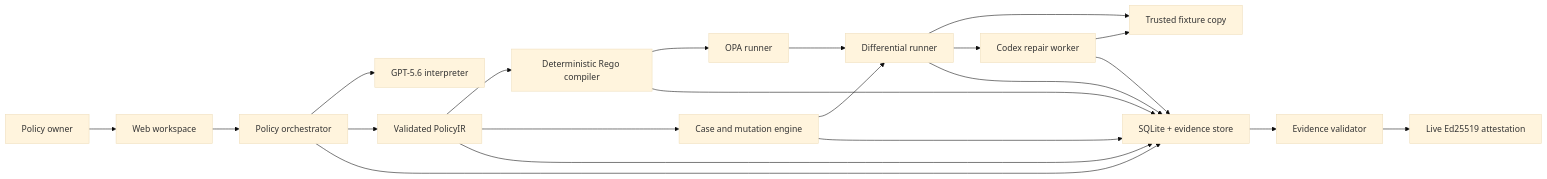
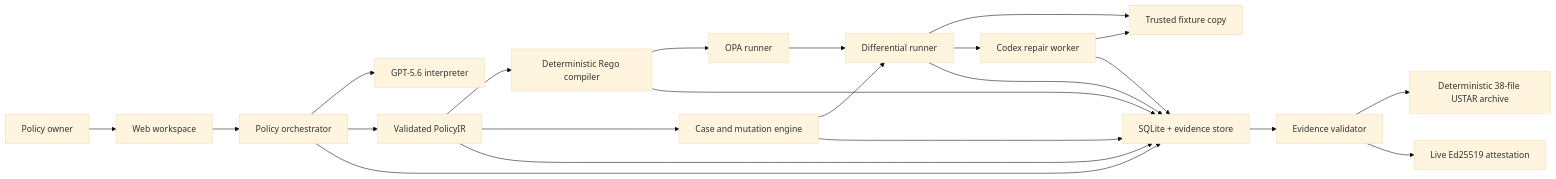
One commit to sel-chan/policytwin changed the diagram in docs/architecture.md. Above: the diagram before and after it, drawn with Mermaid (base theme). The commit also changed other lines of this file and 25 other files, not shown here.

Commit message:
feat: add deterministic evidence archive

````diff
--- a/docs/architecture.md
+++ b/docs/architecture.md
@@ -5,23 +5,24 @@
 ```mermaid
 flowchart LR
   U["Policy owner"] --> W["Web workspace"]
   W --> O["Policy orchestrator"]
   O --> I["GPT-5.6 interpreter"]
   O --> P["Validated PolicyIR"]
   P --> C["Deterministic Rego compiler"]
   C --> R["OPA runner"]
   P --> G["Case and mutation engine"]
   G --> D["Differential runner"]
   R --> D
   D --> F["Trusted fixture copy"]
   D --> X["Codex repair worker"]
   X --> F
   E --> A["Evidence validator"]
+  A --> T["Deterministic 38-file USTAR archive"]
   A --> S["Live Ed25519 attestation"]
   O --> E["SQLite + evidence store"]
   P --> E
   C --> E
   G --> E
   D --> E
   X --> E
 ```
````
